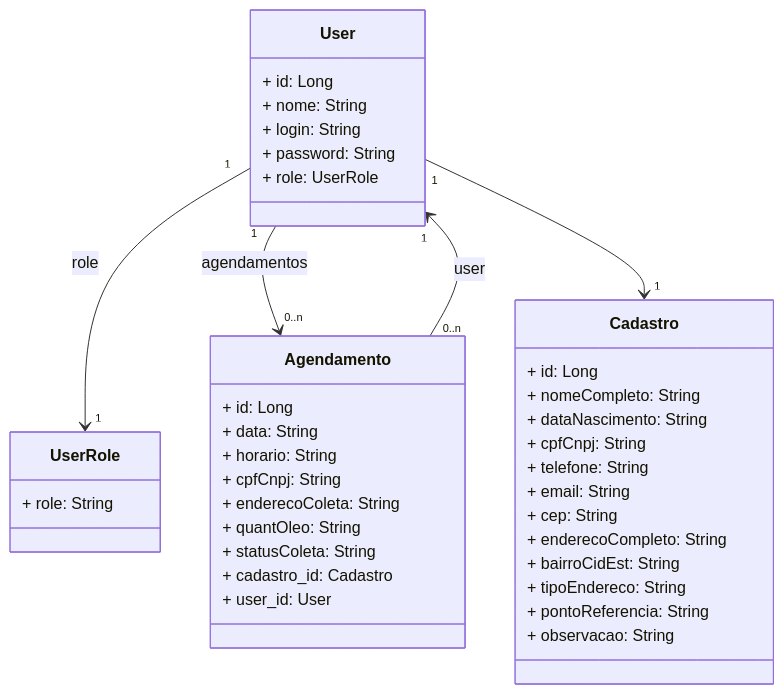
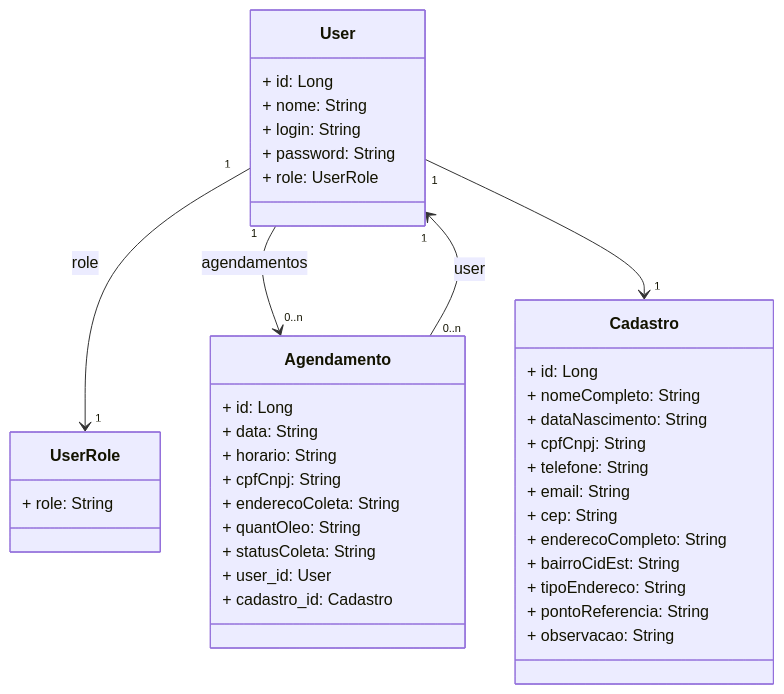
One commit to Luzielmalu/Projeto-final-AcademiaUFN-EcoSist changed the diagram in README.md. Above: the diagram before and after it, drawn with Mermaid. The commit also changed other lines of this file, not shown here.

````diff
--- a/README.md
+++ b/README.md
@@ -44,46 +44,46 @@
 ```mermaid
 classDiagram
     class User {
         + id: Long
         + nome: String
         + login: String
         + password: String
         + role: UserRole
     }
 
     class Cadastro {
         + id: Long
         + nomeCompleto: String
         + dataNascimento: String
         + cpfCnpj: String
         + telefone: String
         + email: String
         + cep: String
         + enderecoCompleto: String
         + bairroCidEst: String
         + tipoEndereco: String
         + pontoReferencia: String
         + observacao: String
     }
 
     class Agendamento {
         + id: Long
         + data: String
         + horario: String
         + cpfCnpj: String
         + enderecoColeta: String
         + quantOleo: String
         + statusColeta: String
+        + user_id: User
         + cadastro_id: Cadastro
-        + user_id: User
     }
 
     class UserRole {
         + role: String
     }
 
     User "1" --> "1" UserRole : role
     User "1" --> "0..n" Agendamento : agendamentos
     User "1" --> "1" Cadastro
     Agendamento "0..n" --> "1" User: user
    ```
````
